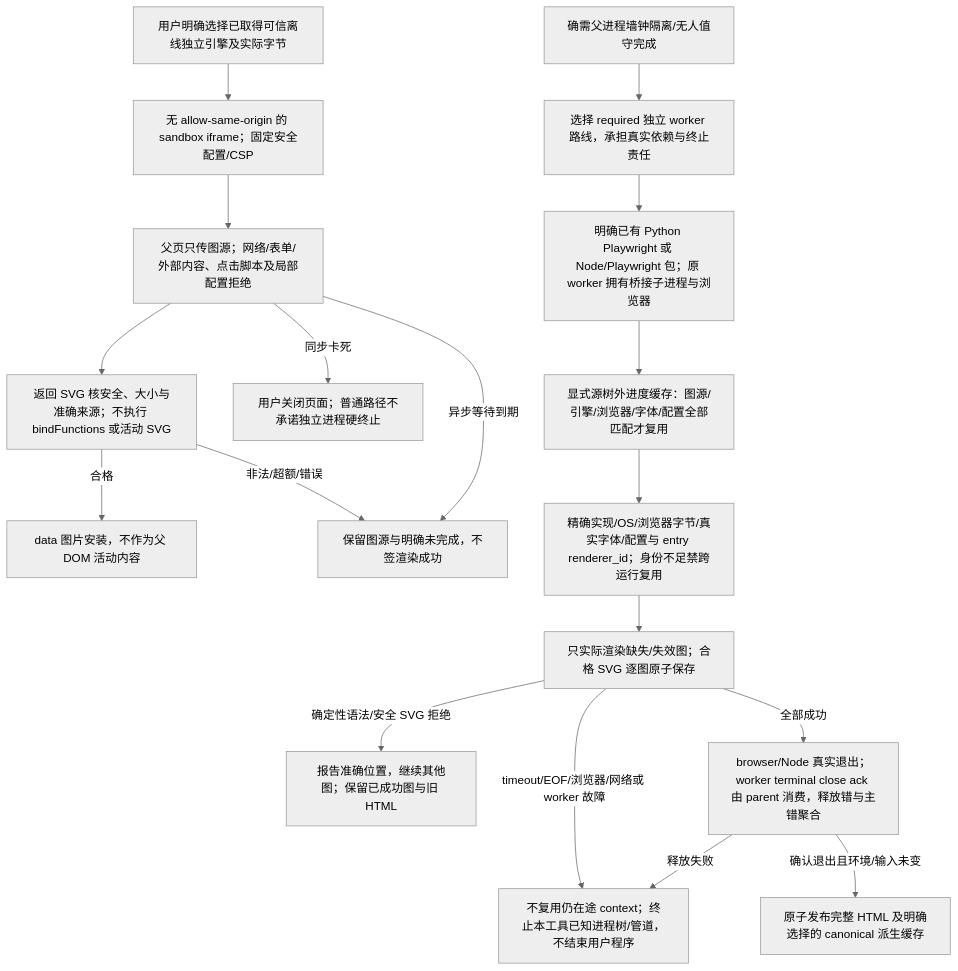
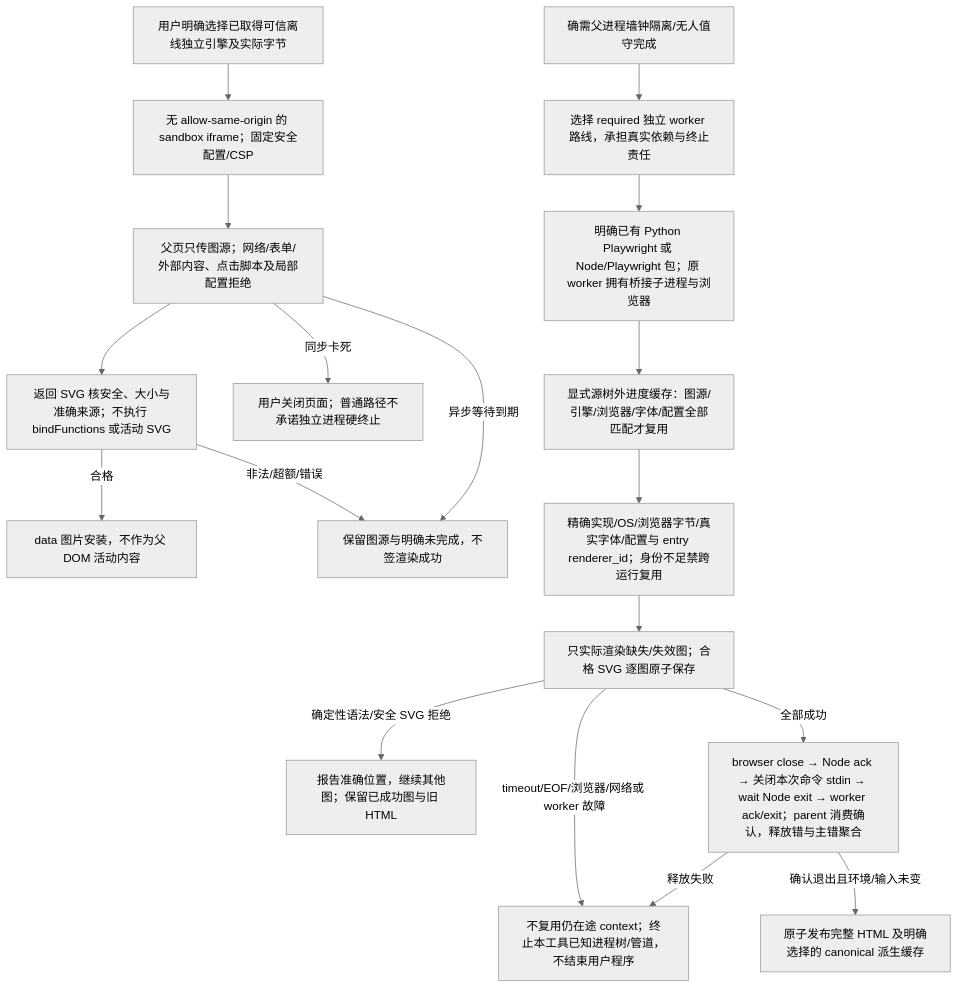
Before and after one commit to sec-platform/sec: the second of 3 diagrams in docs/维护/阅读构建.md, drawn with Mermaid (neutral theme). The commit also changed other lines of this file and 2 other files, not shown here.

Commit message:
Release renderer command input before waiting for terminal exit

````diff
--- a/docs/维护/阅读构建.md
+++ b/docs/维护/阅读构建.md
@@ -65,20 +65,20 @@
 ```mermaid
 flowchart TD
   engine["用户明确选择已取得可信离线独立引擎及实际字节"] --> frame["无 allow-same-origin 的 sandbox iframe；固定安全配置/CSP"]
   frame --> render["父页只传图源；网络/表单/外部内容、点击脚本及局部配置拒绝"]
   render --> svg["返回 SVG 核安全、大小与准确来源；不执行 bindFunctions 或活动 SVG"]
   svg -->|合格| image["data 图片安装，不作为父 DOM 活动内容"]
   svg -->|非法/超额/错误| failed["保留图源与明确未完成，不签渲染成功"]
   render -->|异步等待到期| failed
   render -->|同步卡死| close["用户关闭页面；普通路径不承诺独立进程硬终止"]
   need["确需父进程墙钟隔离/无人值守完成"] --> required["选择 required 独立 worker 路线，承担真实依赖与终止责任"]
   required --> runtime["明确已有 Python Playwright 或 Node/Playwright 包；原 worker 拥有桥接子进程与浏览器"]
   runtime --> progress["显式源树外进度缓存：图源/引擎/浏览器/字体/配置全部匹配才复用"]
   progress --> missing["精确实现/OS/浏览器字节/真实字体/配置与 entry renderer_id；身份不足禁跨运行复用"]
   missing --> draw["只实际渲染缺失/失效图；合格 SVG 逐图原子保存"]
   draw -->|确定性语法/安全 SVG 拒绝| collect["报告准确位置，继续其他图；保留已成功图与旧 HTML"]
   draw -->|timeout/EOF/浏览器/网络或 worker 故障| stop["不复用仍在途 context；终止本工具已知进程树/管道，不结束用户程序"]
-  draw -->|全部成功| renderer_closed["browser/Node 真实退出；worker terminal close ack 由 parent 消费，释放错与主错聚合"]
+  draw -->|全部成功| renderer_closed["browser close → Node ack → 关闭本次命令 stdin → wait Node exit → worker ack/exit；parent 消费确认，释放错与主错聚合"]
   renderer_closed -->|释放失败| stop
   renderer_closed -->|确认退出且环境/输入未变| publish["原子发布完整 HTML 及明确选择的 canonical 派生缓存"]
 ```
````
